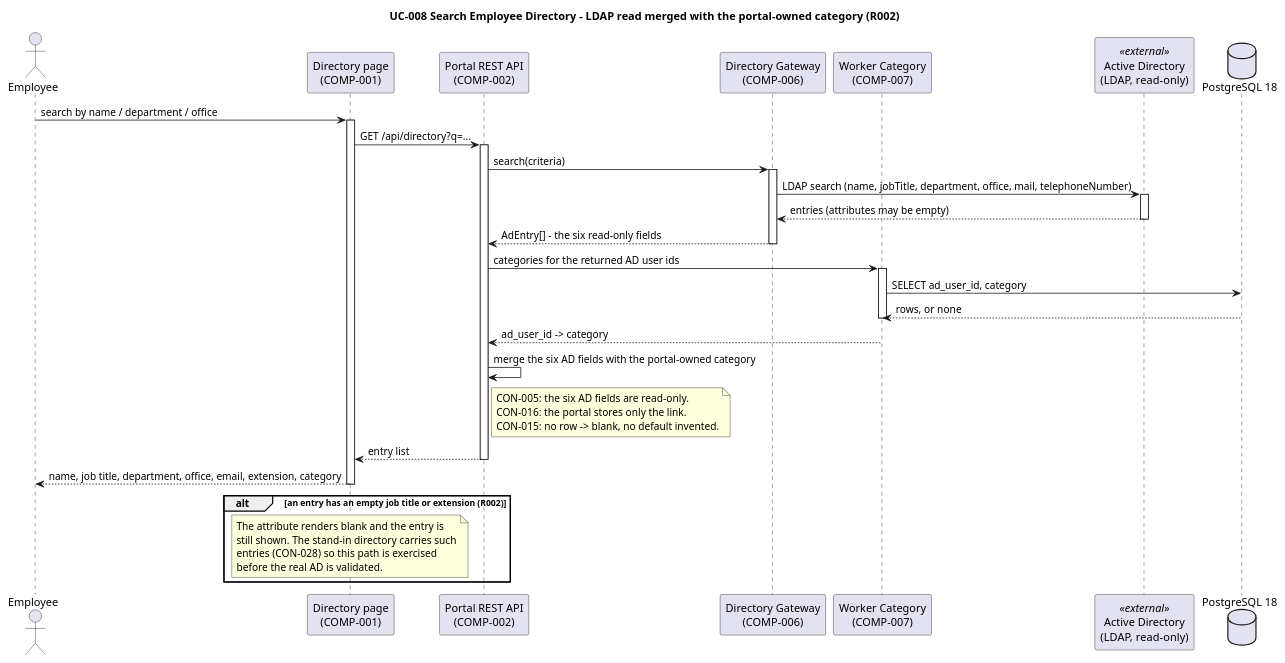
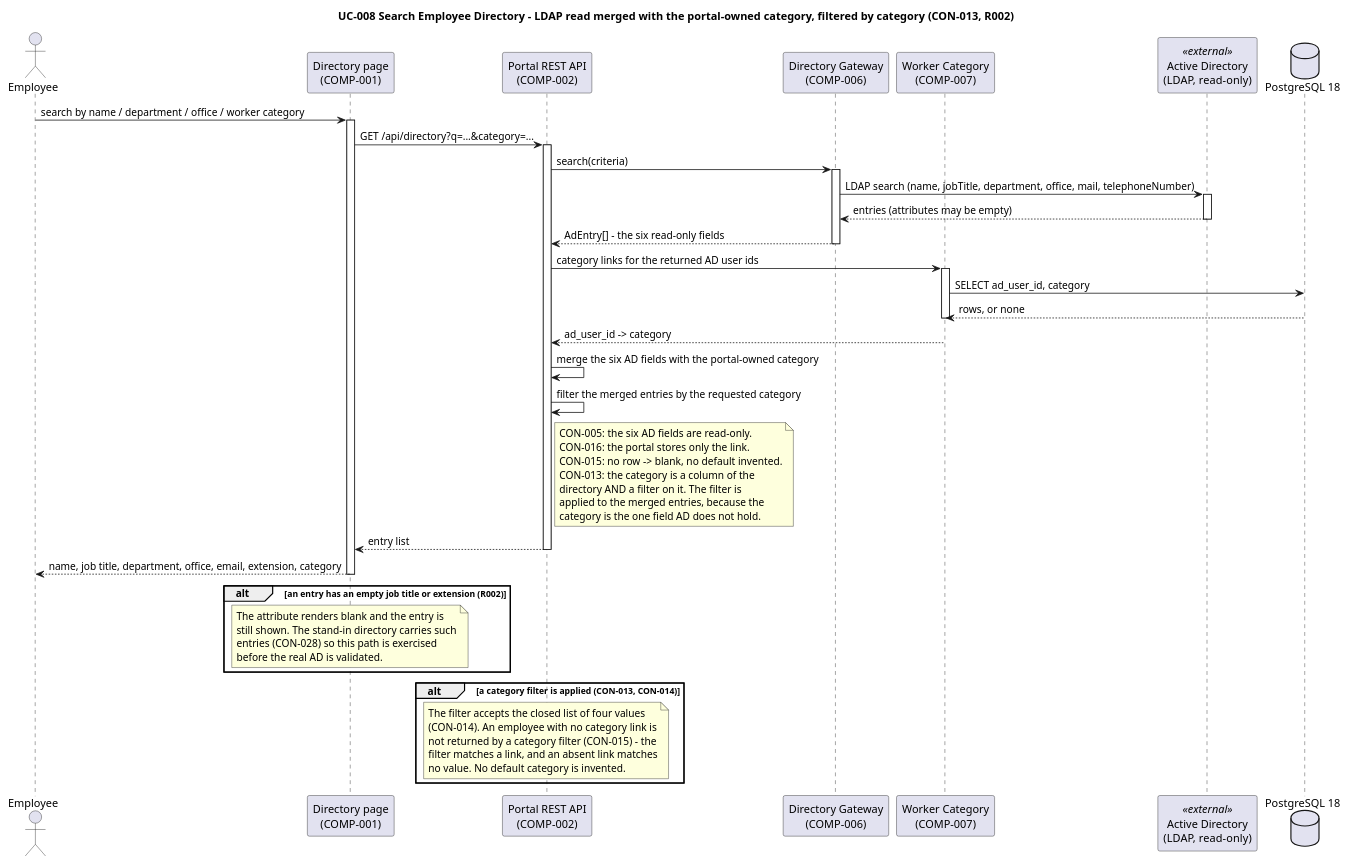
One commit to banense-test/portal changed the second of 8 diagrams in docs/artifacts/analysis---design/software-architecture-document.md. Above: the diagram before and after it, drawn with PlantUML. The commit also changed other lines of this file, not shown here.

Commit message:
Software Architect [I3]: upsert Software Architecture Document
[skip ci]

````diff
--- a/docs/artifacts/analysis---design/software-architecture-document.md
+++ b/docs/artifacts/analysis---design/software-architecture-document.md
@@ -223,51 +223,65 @@
 ```plantuml
 @startuml SEQ_UC008
-title UC-008 Search Employee Directory - LDAP read merged with the portal-owned category (R002)
+title UC-008 Search Employee Directory - LDAP read merged with the portal-owned category, filtered by category (CON-013, R002)
 
 actor "Employee" as EMP
 participant "Directory page\n(COMP-001)" as PAGE
 participant "Portal REST API\n(COMP-002)" as API
 participant "Directory Gateway\n(COMP-006)" as GW
 participant "Worker Category\n(COMP-007)" as CAT
 participant "Active Directory\n(LDAP, read-only)" as AD <<external>>
 database "PostgreSQL 18" as DB
 
-EMP -> PAGE : search by name / department / office
+EMP -> PAGE : search by name / department / office / worker category
 activate PAGE
-PAGE -> API : GET /api/directory?q=...
+PAGE -> API : GET /api/directory?q=...&category=...
 activate API
 API -> GW : search(criteria)
 activate GW
 GW -> AD : LDAP search (name, jobTitle, department, office, mail, telephoneNumber)
 activate AD
 AD --> GW : entries (attributes may be empty)
 deactivate AD
 GW --> API : AdEntry[] - the six read-only fields
 deactivate GW
-API -> CAT : categories for the returned AD user ids
+API -> CAT : category links for the returned AD user ids
 activate CAT
 CAT -> DB : SELECT ad_user_id, category
 DB --> CAT : rows, or none
 deactivate CAT
 CAT --> API : ad_user_id -> category
 API -> API : merge the six AD fields with the portal-owned category
+API -> API : filter the merged entries by the requested category
 note right of API
   CON-005: the six AD fields are read-only.
   CON-016: the portal stores only the link.
   CON-015: no row -> blank, no default invented.
+  CON-013: the category is a column of the
+  directory AND a filter on it. The filter is
+  applied to the merged entries, because the
+  category is the one field AD does not hold.
 end note
 API --> PAGE : entry list
 deactivate API
 PAGE --> EMP : name, job title, department, office, email, extension, category
 deactivate PAGE
 
 alt an entry has an empty job title or extension (R002)
   note over PAGE
     The attribute renders blank and the entry is
     still shown. The stand-in directory carries such
     entries (CON-028) so this path is exercised
     before the real AD is validated.
   end note
 end
+alt a category filter is applied (CON-013, CON-014)
+  note over API
+    The filter accepts the closed list of four values
+    (CON-014). An employee with no category link is
+    not returned by a category filter (CON-015) - the
+    filter matches a link, and an absent link matches
+    no value. No default category is invented.
+  end note
+end
 @enduml
 ```
````
